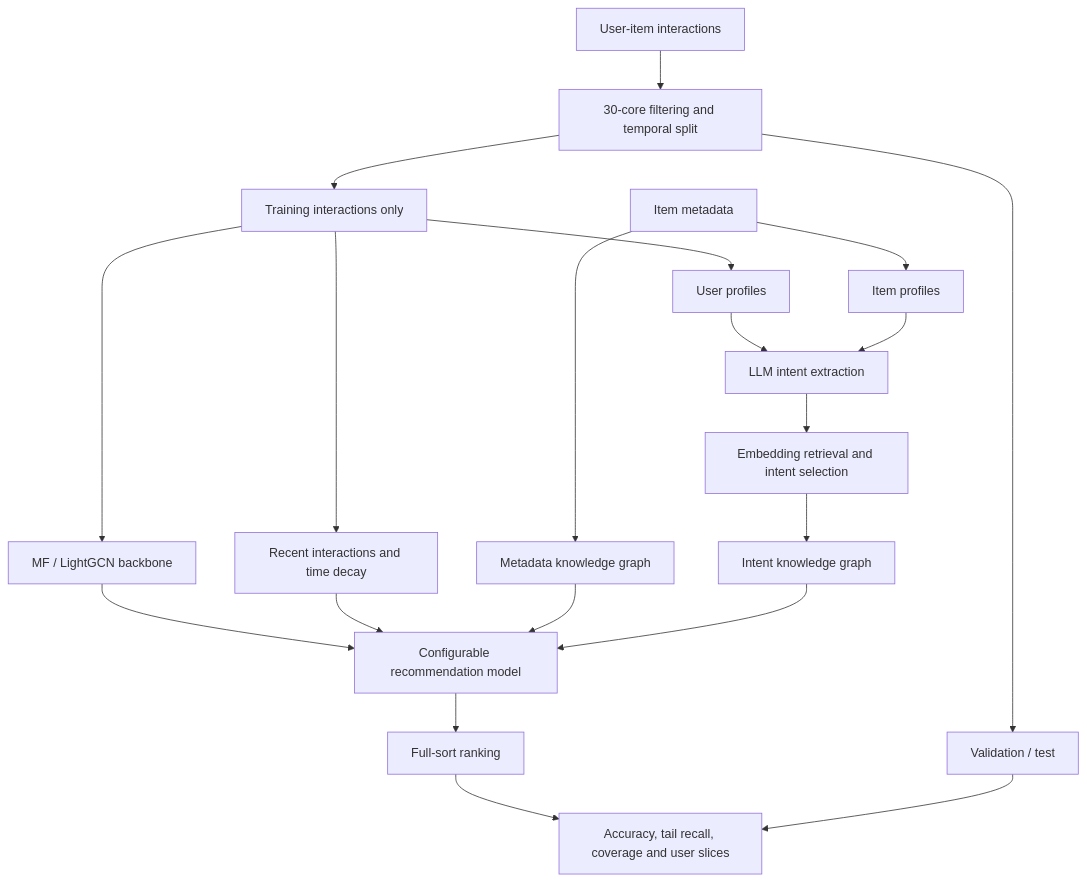
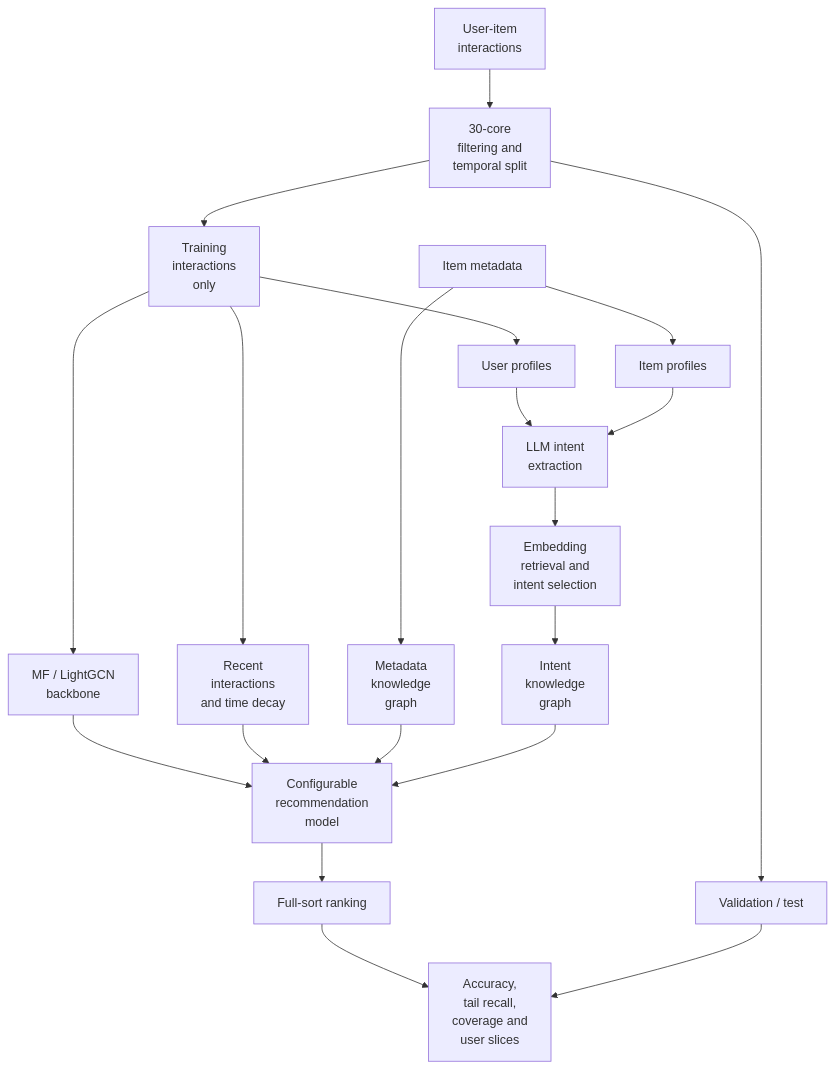
One commit to HK1DS/Evaluating-LLM-Derived-Intent-Metadata-and-Recency-in-Recommender-Systems- changed the diagram in README.md. Above: the diagram before and after it, drawn with Mermaid. The commit also changed other lines of this file and 1 other file, not shown here.

Commit message:
Fix co-author name and Mermaid label clipping in READMEs
- Correct co-author surname Yoo -> Yu in README.md and README_EN.md
- Add explicit <br/> line breaks to pipeline diagram node labels so
  they no longer depend on Mermaid auto-wrapping, which clips long
  labels in some viewing environments

Claude-Session: https://claude.ai/code/session_012Frbb8YHm79pxwUHuD62au

````diff
--- a/README.md
+++ b/README.md
@@ -88,22 +88,22 @@
 ```mermaid
 flowchart TD
-    A[User-item interactions] --> B[30-core filtering and temporal split]
-    B --> C[Training interactions only]
-    C --> D[MF / LightGCN backbone]
-    C --> E[Recent interactions and time decay]
+    A[User-item<br/>interactions] --> B[30-core<br/>filtering and<br/>temporal split]
+    B --> C[Training<br/>interactions<br/>only]
+    C --> D[MF / LightGCN<br/>backbone]
+    C --> E[Recent<br/>interactions<br/>and time decay]
     C --> F[User profiles]
-    G[Item metadata] --> H[Metadata knowledge graph]
+    G[Item metadata] --> H[Metadata<br/>knowledge<br/>graph]
     G --> I[Item profiles]
-    F --> J[LLM intent extraction]
+    F --> J[LLM intent<br/>extraction]
     I --> J
-    J --> K[Embedding retrieval and intent selection]
-    K --> L[Intent knowledge graph]
-    D --> M[Configurable recommendation model]
+    J --> K[Embedding<br/>retrieval and<br/>intent selection]
+    K --> L[Intent<br/>knowledge<br/>graph]
+    D --> M[Configurable<br/>recommendation<br/>model]
     E --> M
     H --> M
     L --> M
     M --> N[Full-sort ranking]
     B --> O[Validation / test]
-    N --> P[Accuracy, tail recall, coverage and user slices]
+    N --> P[Accuracy,<br/>tail recall,<br/>coverage and<br/>user slices]
     O --> P
 ```
````
